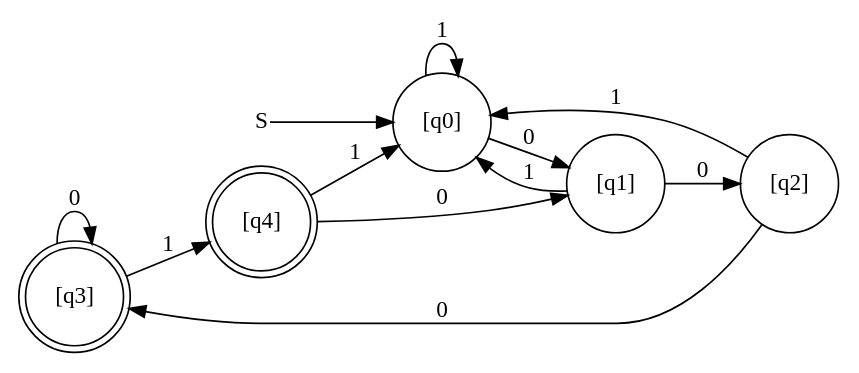
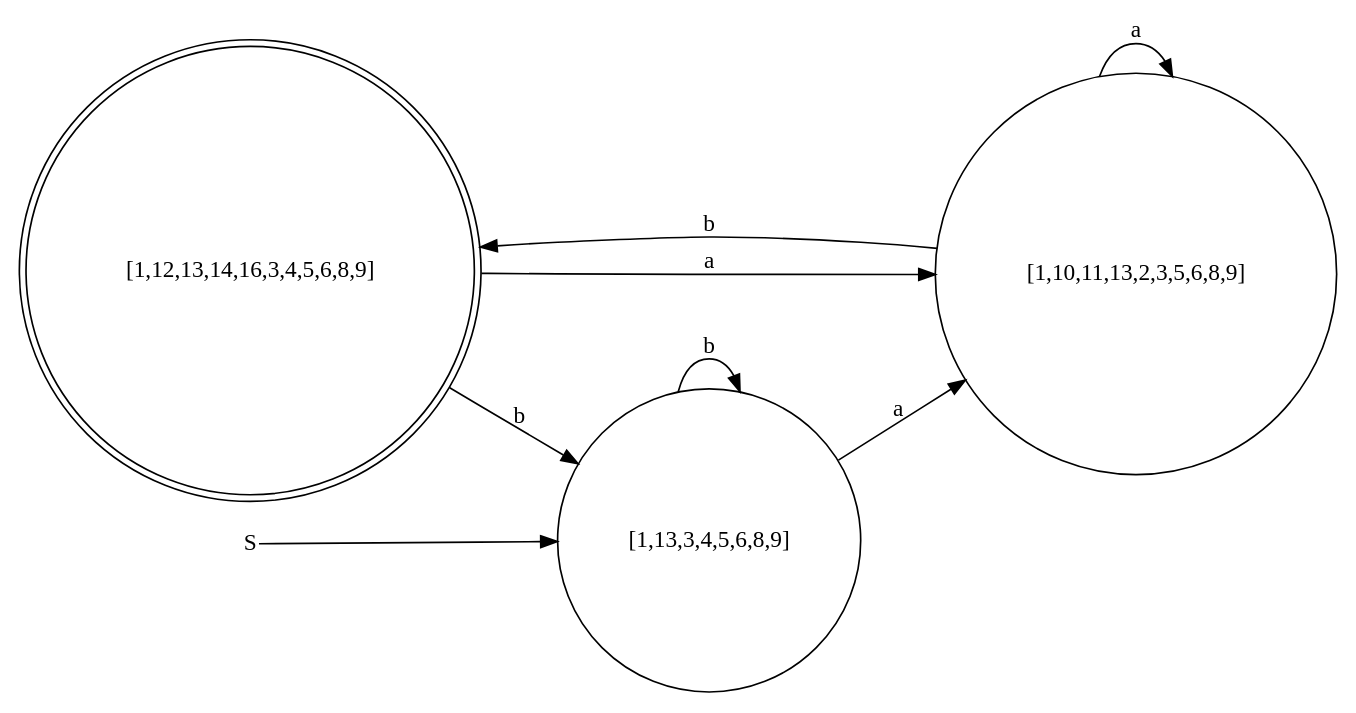
Before and after one commit to Goodhao/automaton: the diagram in out.dot, drawn with Graphviz. The commit also changed 35 other files, not shown here.

```diff
--- a/out.dot
+++ b/out.dot
@@ -1,19 +1,15 @@
 digraph cinite_state_machine {
 rankdir=LR;
 size="50,50"
-node [shape = doublecircle]; "[q3]" "[q4]" ;
-node [shape = circle]; "[q0]";
+node [shape = doublecircle]; "[1,12,13,14,16,3,4,5,6,8,9]" ;
+node [shape = circle]; "[1,13,3,4,5,6,8,9]";
 node [shape = plain]; "S";
-"S" -> "[q0]";
+"S" -> "[1,13,3,4,5,6,8,9]";
 node [shape = circle];
-"[q0]" -> "[q0]" [label = "1"];
-"[q0]" -> "[q1]" [label = "0"];
-"[q1]" -> "[q0]" [label = "1"];
-"[q1]" -> "[q2]" [label = "0"];
-"[q2]" -> "[q0]" [label = "1"];
-"[q2]" -> "[q3]" [label = "0"];
-"[q3]" -> "[q3]" [label = "0"];
-"[q3]" -> "[q4]" [label = "1"];
-"[q4]" -> "[q0]" [label = "1"];
-"[q4]" -> "[q1]" [label = "0"];
+"[1,10,11,13,2,3,5,6,8,9]" -> "[1,10,11,13,2,3,5,6,8,9]" [label = "a"];
+"[1,10,11,13,2,3,5,6,8,9]" -> "[1,12,13,14,16,3,4,5,6,8,9]" [label = "b"];
+"[1,12,13,14,16,3,4,5,6,8,9]" -> "[1,10,11,13,2,3,5,6,8,9]" [label = "a"];
+"[1,12,13,14,16,3,4,5,6,8,9]" -> "[1,13,3,4,5,6,8,9]" [label = "b"];
+"[1,13,3,4,5,6,8,9]" -> "[1,10,11,13,2,3,5,6,8,9]" [label = "a"];
+"[1,13,3,4,5,6,8,9]" -> "[1,13,3,4,5,6,8,9]" [label = "b"];
 }
```
